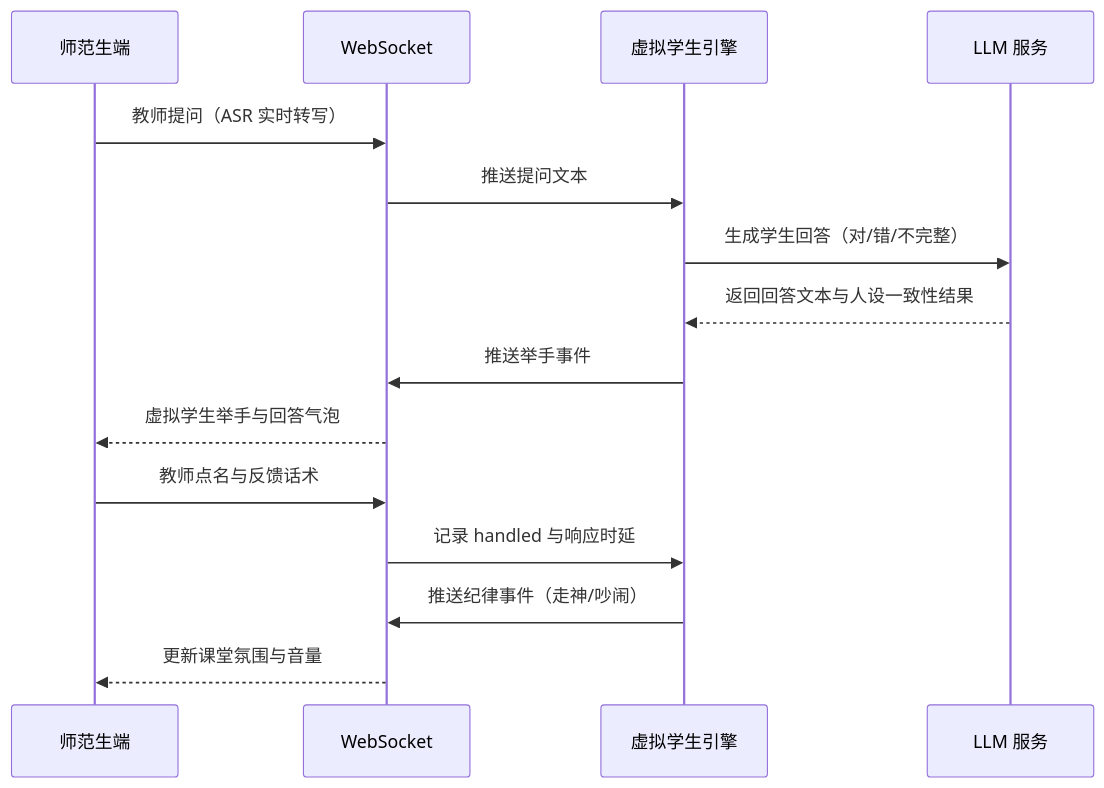
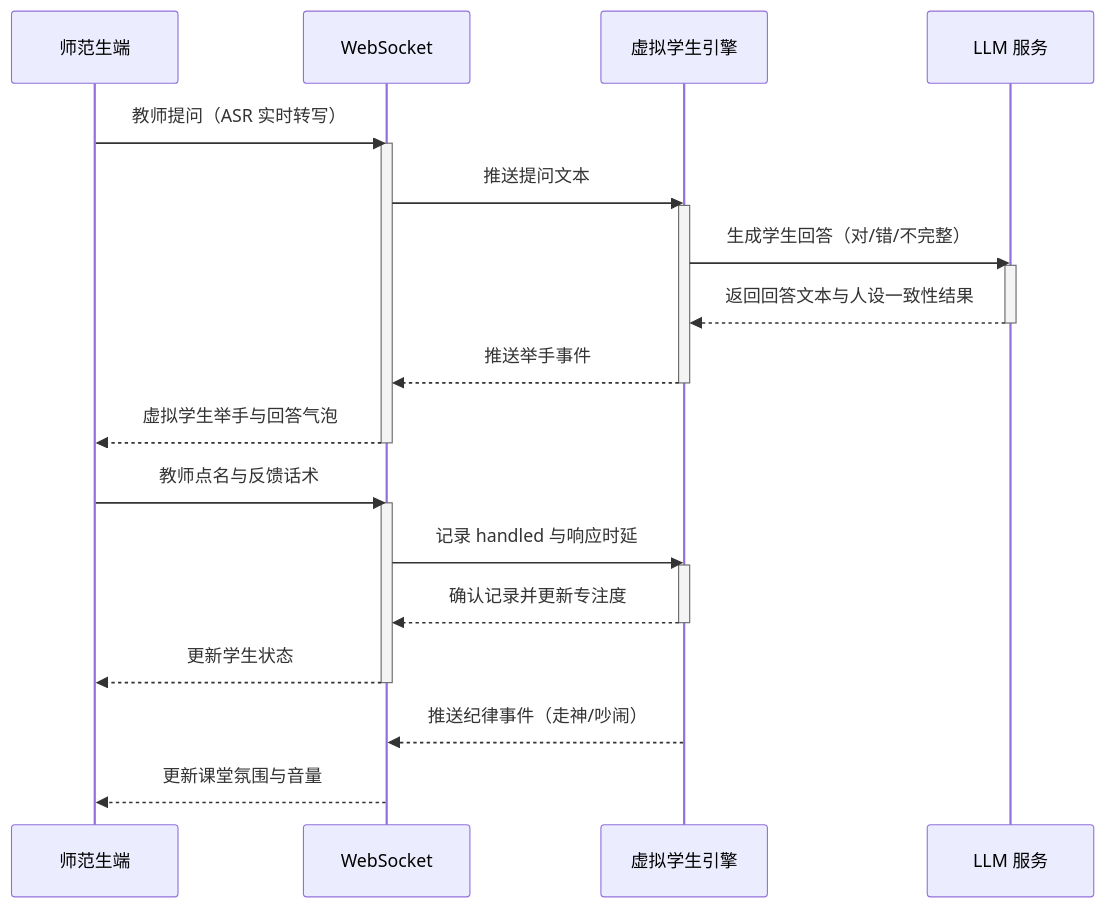
One commit to Savior-R/reGroupprojectV1 changed the third of 5 diagrams in 第05组_师范专业AI试讲台系统_需求分析.md. Above: the diagram before and after it, drawn with Mermaid. The commit also changed other lines of this file, not shown here.

````diff
--- a/第05组_师范专业AI试讲台系统_需求分析.md
+++ b/第05组_师范专业AI试讲台系统_需求分析.md
@@ -891,17 +928,29 @@
 ```mermaid
 sequenceDiagram
     participant ST as 师范生端
     participant WS as WebSocket
     participant VE as 虚拟学生引擎
     participant LLM as LLM 服务
     ST->>WS: 教师提问（ASR 实时转写）
+    activate WS
     WS->>VE: 推送提问文本
+    activate VE
     VE->>LLM: 生成学生回答（对/错/不完整）
+    activate LLM
     LLM-->>VE: 返回回答文本与人设一致性结果
-    VE->>WS: 推送举手事件
+    deactivate LLM
+    VE-->>WS: 推送举手事件
+    deactivate VE
     WS-->>ST: 虚拟学生举手与回答气泡
+    deactivate WS
     ST->>WS: 教师点名与反馈话术
+    activate WS
     WS->>VE: 记录 handled 与响应时延
-    VE->>WS: 推送纪律事件（走神/吵闹）
+    activate VE
+    VE-->>WS: 确认记录并更新专注度
+    deactivate VE
+    WS-->>ST: 更新学生状态
+    deactivate WS
+    VE-->>WS: 推送纪律事件（走神/吵闹）
     WS-->>ST: 更新课堂氛围与音量
 ```
````
